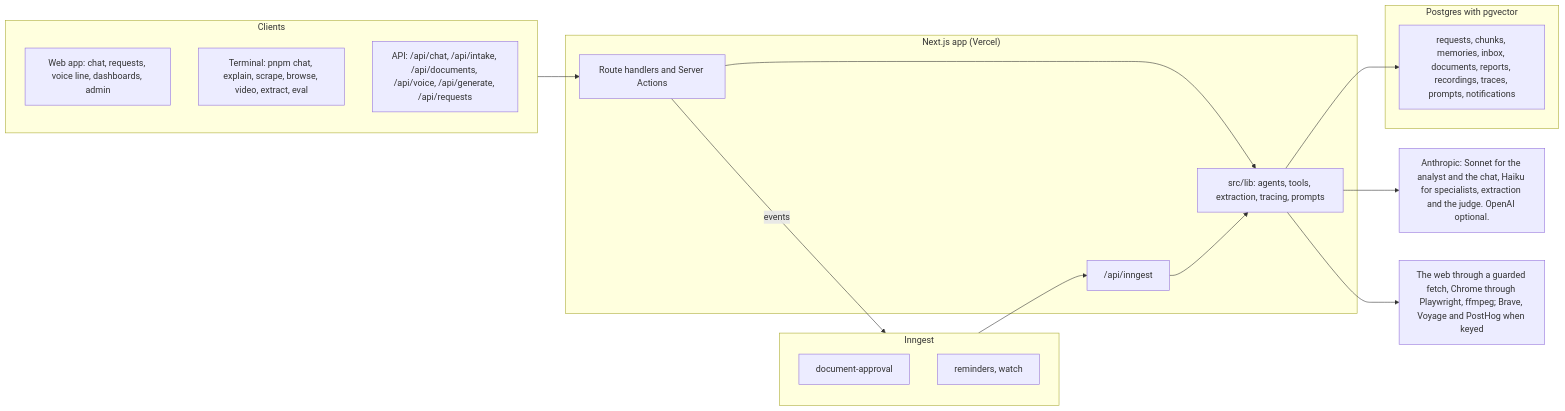
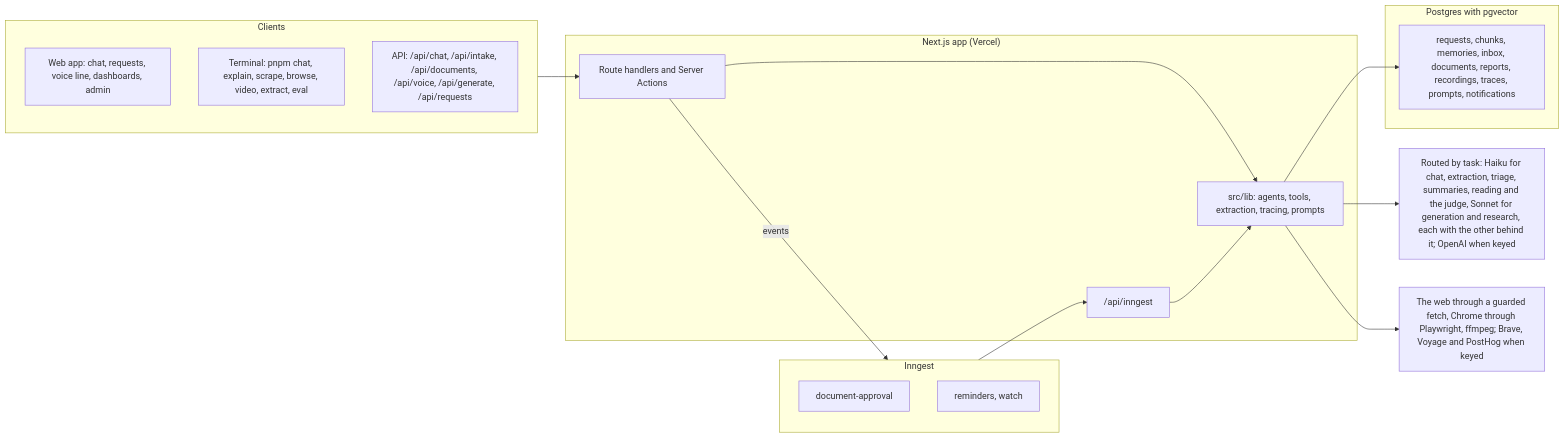
The diagram in docs/architecture.md (anusheel/workbot), drawn with Mermaid before and after one commit. The commit also changed other lines of this file and 8 other files, not shown here.

First line of the commit message:
The routing chosen from the table: chat on the small model, the large behind it (WB-51)

````diff
--- a/docs/architecture.md
+++ b/docs/architecture.md
@@ -7,26 +7,26 @@
 ```mermaid
 flowchart LR
   subgraph clients [Clients]
     web["Web app: chat, requests, voice line, dashboards, admin"]
     cli["Terminal: pnpm chat, explain, scrape, browse, video, extract, eval"]
     api["API: /api/chat, /api/intake, /api/documents, /api/voice, /api/generate, /api/requests"]
   end
   subgraph app ["Next.js app (Vercel)"]
     routes["Route handlers and Server Actions"]
     lib["src/lib: agents, tools, extraction, tracing, prompts"]
     serve["/api/inngest"]
   end
   subgraph engine ["Inngest"]
     approval["document-approval"]
     crons["reminders, watch"]
   end
   subgraph data ["Postgres with pgvector"]
     tables["requests, chunks, memories, inbox, documents, reports, recordings, traces, prompts, notifications"]
   end
-  models["Anthropic: Sonnet for the analyst and the chat, Haiku for specialists, extraction and the judge. OpenAI optional."]
+  models["Routed by task: Haiku for chat, extraction, triage, summaries, reading and the judge, Sonnet for generation and research, each with the other behind it; OpenAI when keyed"]
   outside["The web through a guarded fetch, Chrome through Playwright, ffmpeg; Brave, Voyage and PostHog when keyed"]
   clients --> routes --> lib --> models
   lib --> tables
   routes -- events --> engine --> serve --> lib
   lib --> outside
 ```
````
